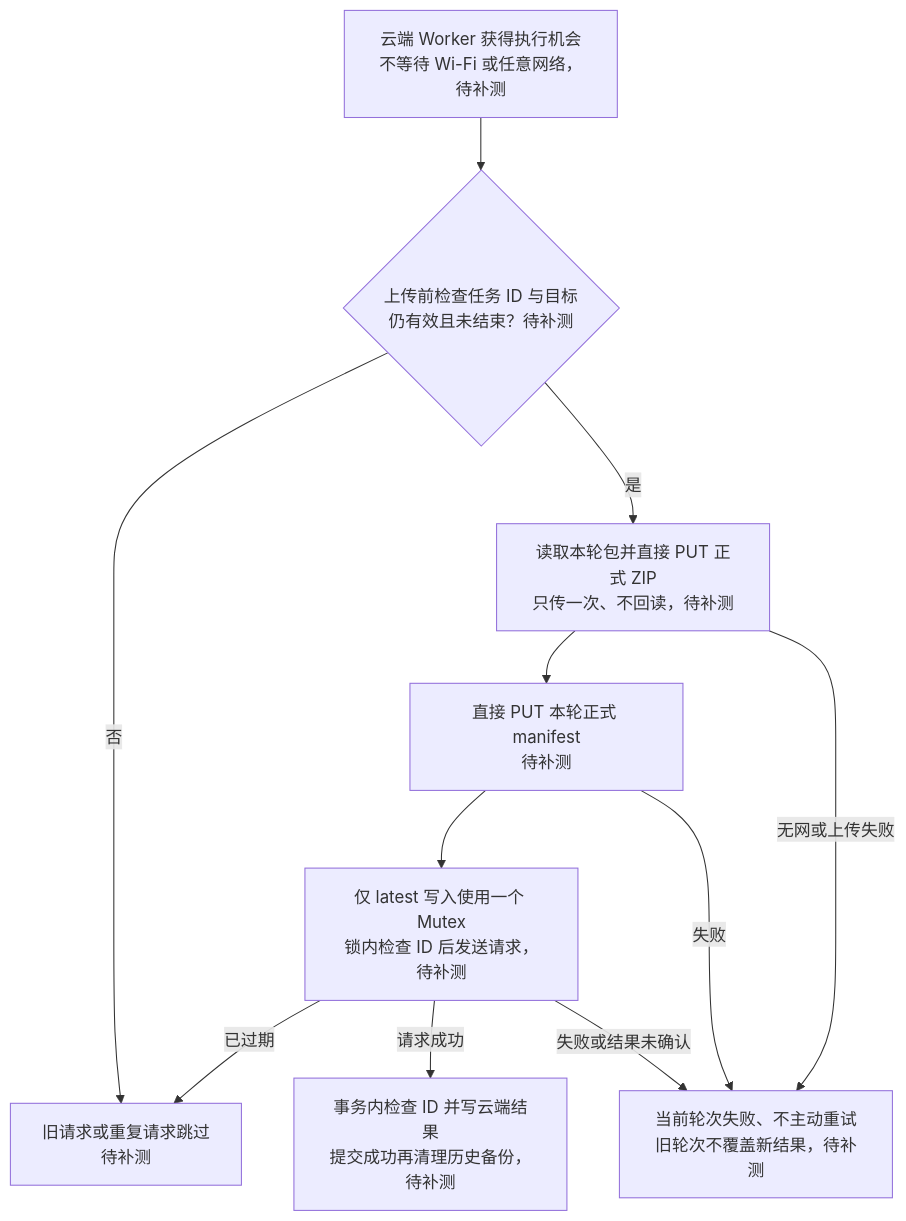
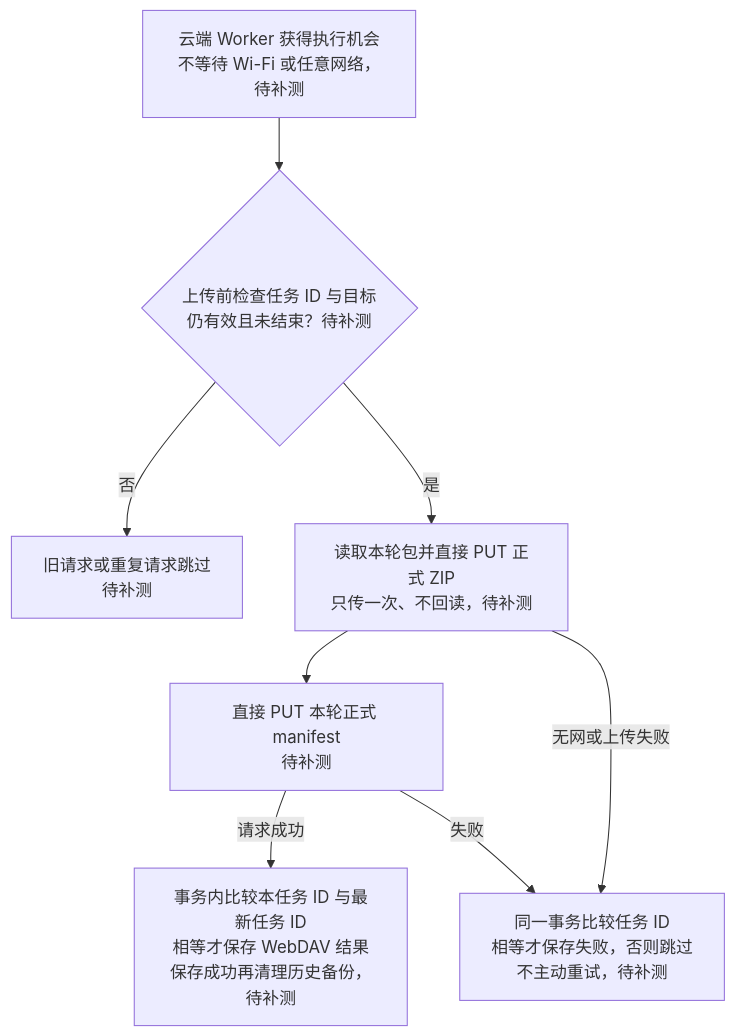
One commit to lwcla/ClipMaster changed the third of 8 diagrams in docs/webdav_backup_plan.md. Above: the diagram before and after it, drawn with Mermaid. The commit also changed other lines of this file and 1 other file, not shown here.

````diff
--- a/docs/webdav_backup_plan.md
+++ b/docs/webdav_backup_plan.md
@@ -761,14 +762,11 @@
 ```mermaid
 %% title: 已确认待实施：WebDAV 直接上传
 flowchart TD
     Start["云端 Worker 获得执行机会<br/>不等待 Wi-Fi 或任意网络，待补测"] --> Check{"上传前检查任务 ID 与目标<br/>仍有效且未结束？待补测"}
     Check -->|否| Skip["旧请求或重复请求跳过<br/>待补测"]
     Check -->|是| Zip["读取本轮包并直接 PUT 正式 ZIP<br/>只传一次、不回读，待补测"]
     Zip --> Manifest["直接 PUT 本轮正式 manifest<br/>待补测"]
-    Manifest --> Latest["仅 latest 写入使用一个 Mutex<br/>锁内检查 ID 后发送请求，待补测"]
-    Latest -->|已过期| Skip
-    Latest -->|请求成功| Success["事务内检查 ID 并写云端结果<br/>提交成功再清理历史备份，待补测"]
-    Zip -->|无网或上传失败| Failure["当前轮次失败、不主动重试<br/>旧轮次不覆盖新结果，待补测"]
+    Manifest -->|请求成功| Success["事务内比较本任务 ID 与最新任务 ID<br/>相等才保存 WebDAV 结果<br/>保存成功再清理历史备份，待补测"]
+    Zip -->|无网或上传失败| Failure["同一事务比较任务 ID<br/>相等才保存失败，否则跳过<br/>不主动重试，待补测"]
     Manifest -->|失败| Failure
-    Latest -->|失败或结果未确认| Failure
 ```
````
